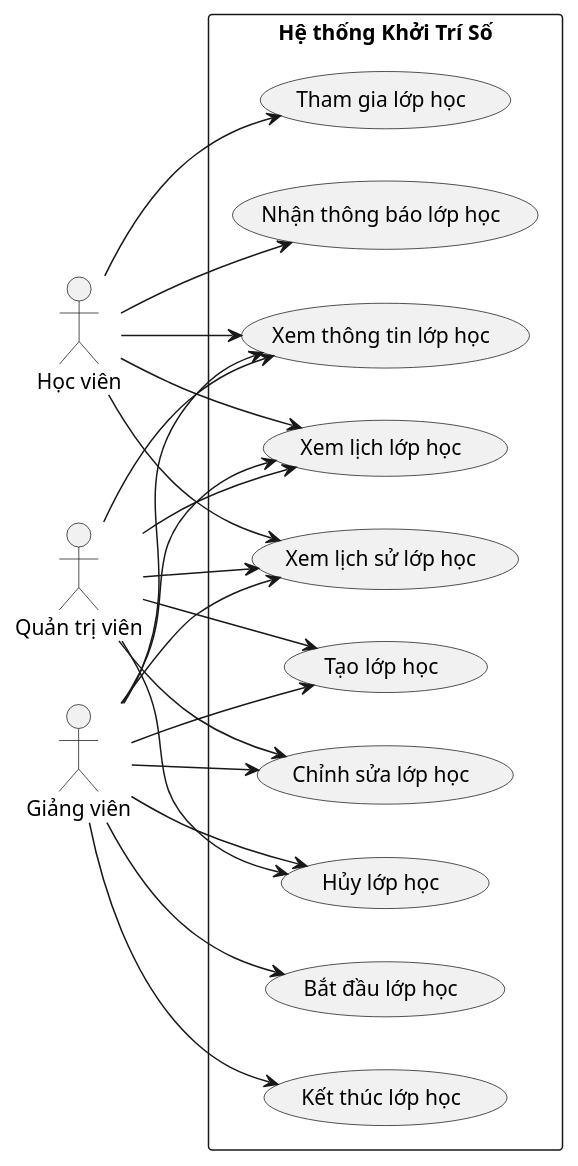
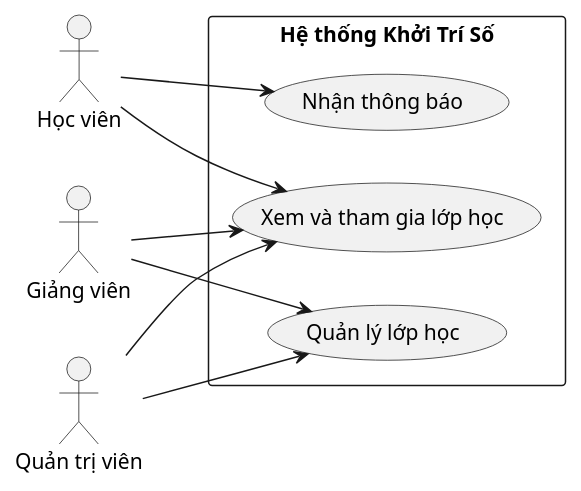
Before and after one commit to ngocnghia81/KhoiTriSo-PHP: diagram 13 of 18 in khoitriso-be/BIEU_DO_UML.md, drawn with PlantUML. The commit also changed other lines of this file and 23 other files, not shown here.

````diff
--- a/khoitriso-be/BIEU_DO_UML.md
+++ b/khoitriso-be/BIEU_DO_UML.md
@@ -553,44 +334,24 @@
 ```plantuml
 @startuml
 left to right direction
 actor "Học viên" as Student
 actor "Giảng viên" as Instructor
 actor "Quản trị viên" as Admin
 
 rectangle "Hệ thống Khởi Trí Số" {
-  usecase "Xem lịch lớp học" as UC1
-  usecase "Tham gia lớp học" as UC2
-  usecase "Xem thông tin lớp học" as UC3
-  usecase "Tạo lớp học" as UC4
-  usecase "Chỉnh sửa lớp học" as UC5
-  usecase "Hủy lớp học" as UC6
-  usecase "Bắt đầu lớp học" as UC7
-  usecase "Kết thúc lớp học" as UC8
-  usecase "Xem lịch sử lớp học" as UC9
-  usecase "Nhận thông báo lớp học" as UC10
+  usecase "Xem và tham gia lớp học" as UC1
+  usecase "Quản lý lớp học" as UC2
+  usecase "Nhận thông báo" as UC3
 }
 
 Student --> UC1
-Student --> UC2
 Student --> UC3
-Student --> UC9
-Student --> UC10
 
 Instructor --> UC1
-Instructor --> UC3
-Instructor --> UC4
-Instructor --> UC5
-Instructor --> UC6
-Instructor --> UC7
-Instructor --> UC8
-Instructor --> UC9
+Instructor --> UC2
 
 Admin --> UC1
-Admin --> UC3
-Admin --> UC4
-Admin --> UC5
-Admin --> UC6
-Admin --> UC9
+Admin --> UC2
 
 @enduml
 ```
````
